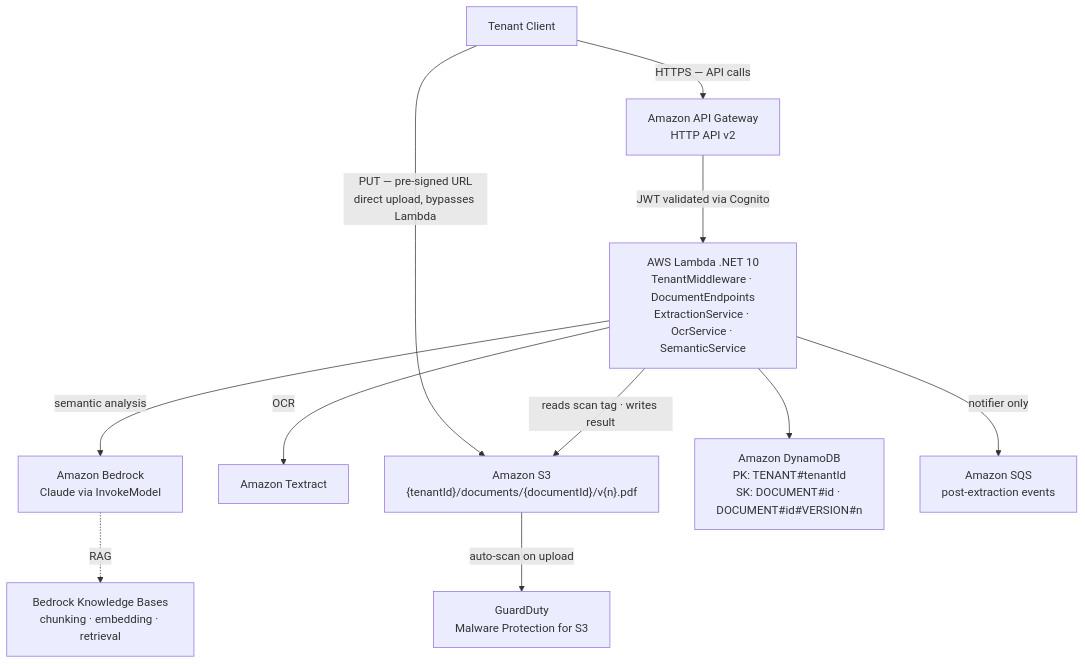
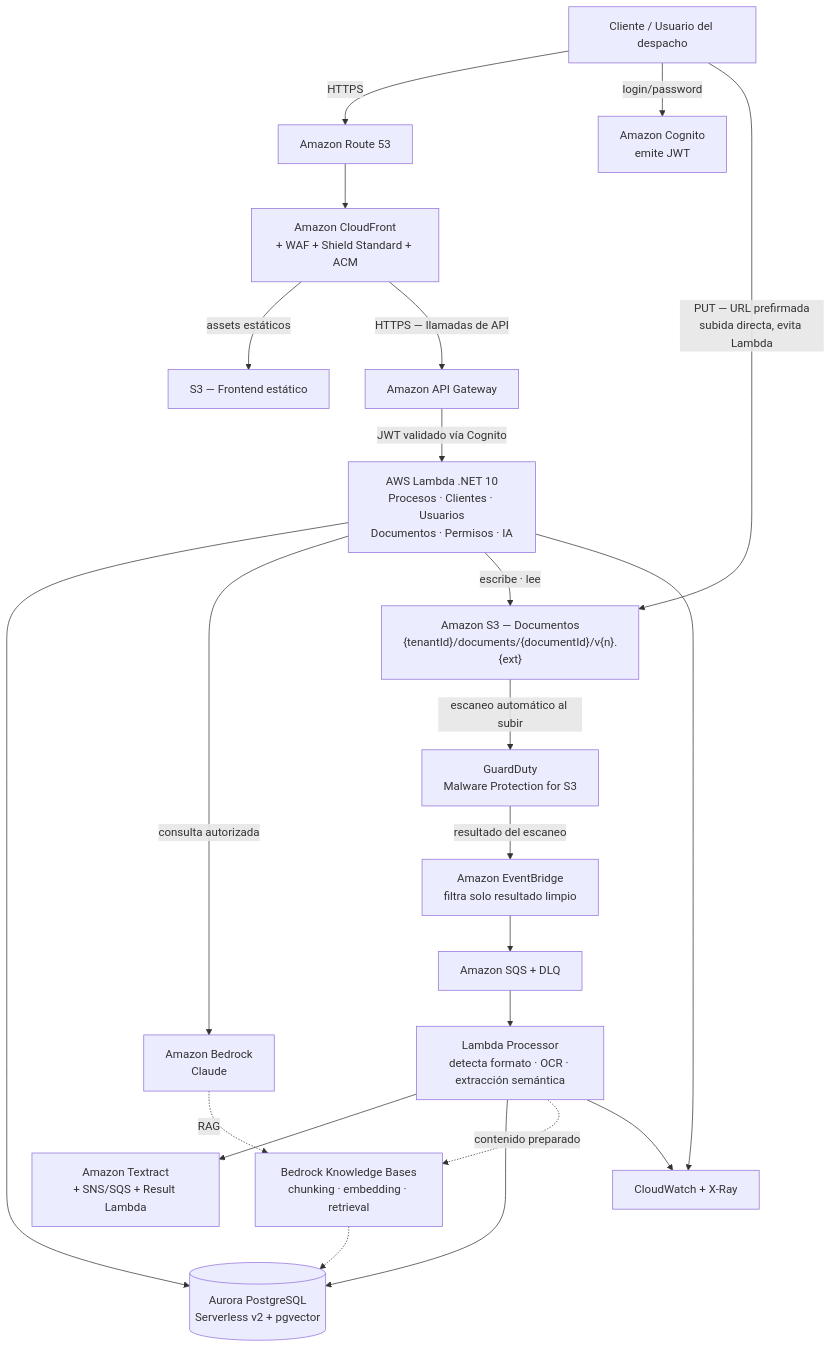
Before and after one commit to cincuentaydos/DocLens.Docs: the first of 2 diagrams in docs/architecture.md, drawn with Mermaid. The commit also changed other lines of this file and 25 other files, not shown here.

````diff
--- a/docs/architecture.md
+++ b/docs/architecture.md
@@ -24,19 +28,31 @@
 ```mermaid
 graph TD
-    Client["Tenant Client"]
+    Client["Cliente / Usuario del despacho"]
 
-    Client -->|"HTTPS — API calls"| APIGW["Amazon API Gateway\nHTTP API v2"]
-    Client -->|"PUT — pre-signed URL\ndirect upload, bypasses Lambda"| S3
+    Client -->|"HTTPS"| R53["Amazon Route 53"]
+    R53 --> CF["Amazon CloudFront\n+ WAF + Shield Standard + ACM"]
+    CF -->|"assets estáticos"| S3Front["S3 — Frontend estático"]
+    Client -->|"login/password"| Cognito["Amazon Cognito\nemite JWT"]
 
-    APIGW -->|"JWT validated via Cognito"| Lambda["AWS Lambda .NET 10\nTenantMiddleware · DocumentEndpoints\nExtractionService · OcrService · SemanticService"]
+    CF -->|"HTTPS — llamadas de API"| APIGW["Amazon API Gateway"]
+    Client -->|"PUT — URL prefirmada\nsubida directa, evita Lambda"| S3Docs
 
-    Lambda -->|"OCR"| Textract["Amazon Textract"]
-    Lambda -->|"semantic analysis"| Bedrock["Amazon Bedrock\nClaude via InvokeModel"]
+    APIGW -->|"JWT validado vía Cognito"| Lambda["AWS Lambda .NET 10\nProcesos · Clientes · Usuarios\nDocumentos · Permisos · IA"]
+
+    Lambda --> Aurora[("Aurora PostgreSQL\nServerless v2 + pgvector")]
+    Lambda -->|"consulta autorizada"| Bedrock["Amazon Bedrock\nClaude"]
     Bedrock -.->|"RAG"| KB["Bedrock Knowledge Bases\nchunking · embedding · retrieval"]
+    KB -.-> Aurora
 
-    Lambda -->|"reads scan tag · writes result"| S3["Amazon S3\n{tenantId}/documents/{documentId}/v{n}.pdf"]
-    S3 -->|"auto-scan on upload"| GD["GuardDuty\nMalware Protection for S3"]
+    Lambda -->|"escribe · lee"| S3Docs["Amazon S3 — Documentos\n{tenantId}/documents/{documentId}/v{n}.{ext}"]
+    S3Docs -->|"escaneo automático al subir"| GD["GuardDuty\nMalware Protection for S3"]
+    GD -->|"resultado del escaneo"| EB["Amazon EventBridge\nfiltra solo resultado limpio"]
+    EB --> SQS["Amazon SQS + DLQ"]
+    SQS --> Processor["Lambda Processor\ndetecta formato · OCR · extracción semántica"]
+    Processor --> Textract["Amazon Textract\n+ SNS/SQS + Result Lambda"]
+    Processor --> Aurora
+    Processor -.->|"contenido preparado"| KB
 
-    Lambda --> DDB["Amazon DynamoDB\nPK: TENANT#tenantId\nSK: DOCUMENT#id · DOCUMENT#id#VERSION#n"]
-    Lambda -->|"notifier only"| SQS["Amazon SQS\npost-extraction events"]
+    Lambda --> CW["CloudWatch + X-Ray"]
+    Processor --> CW
 ```
````
